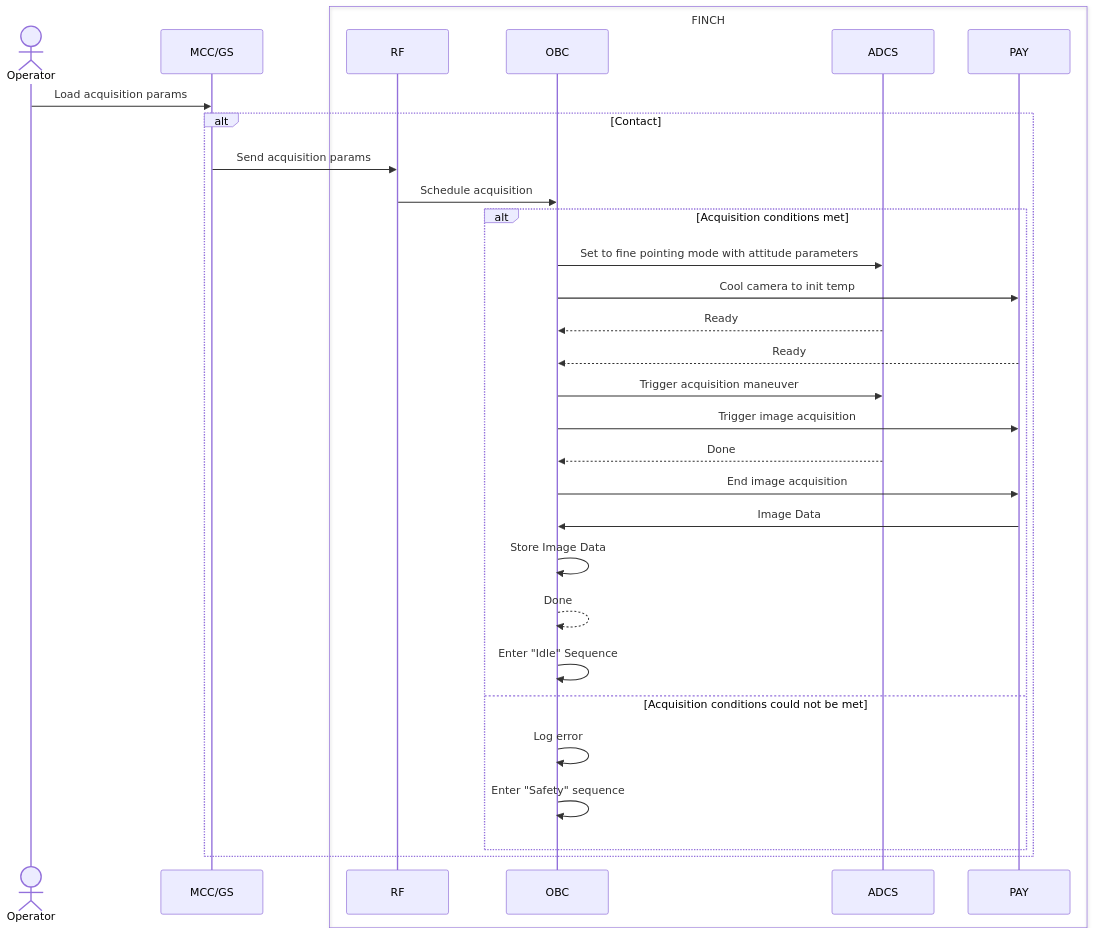
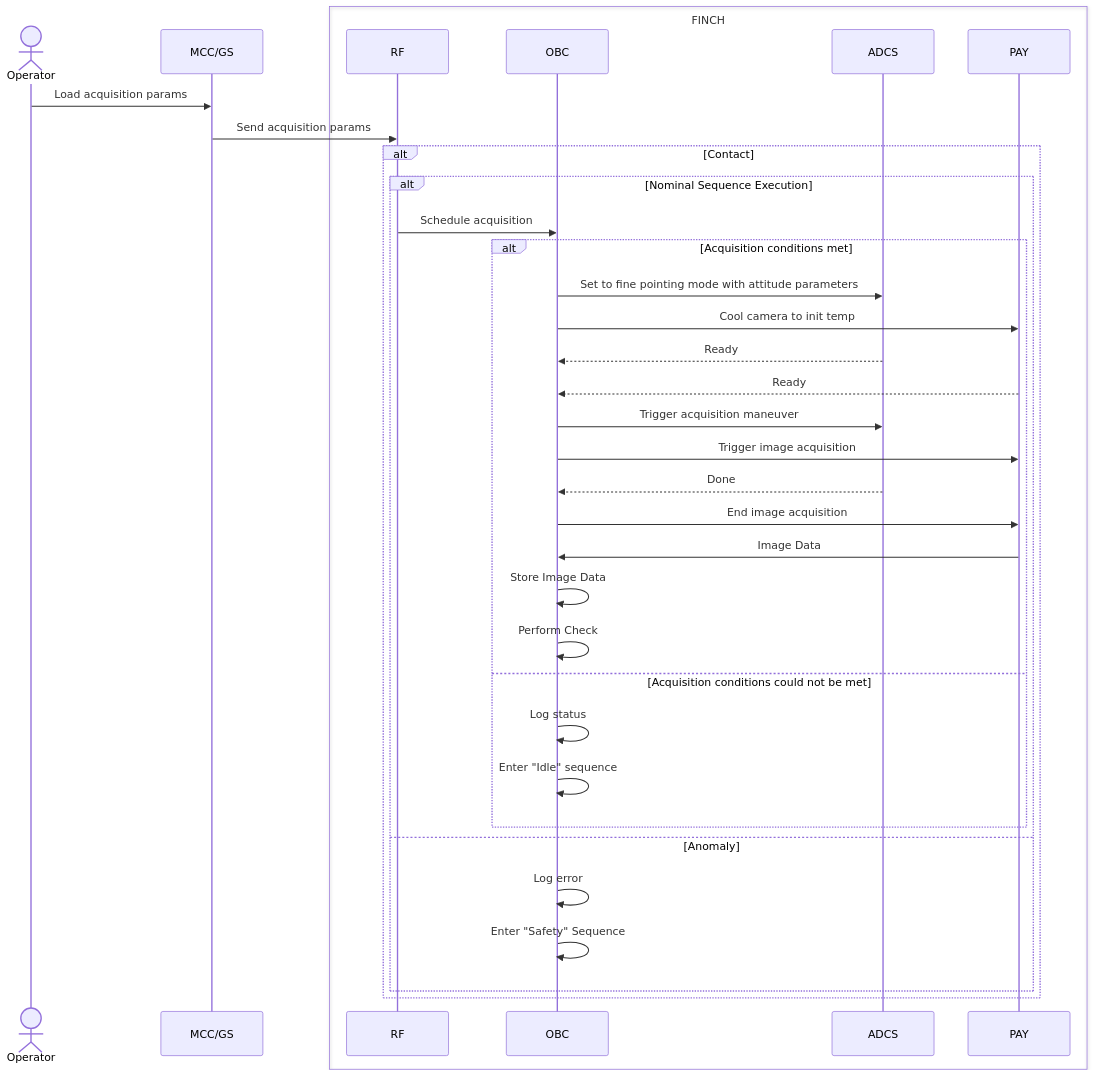
The diagram in command sequences/acquisition-command.md (utat-ss/FINCH-sequence-diagrams), drawn with Mermaid before and after one commit.

````diff
--- a/command sequences/acquisition-command.md
+++ b/command sequences/acquisition-command.md
@@ -2,44 +2,44 @@
 ```mermaid
 sequenceDiagram
     Actor Operator
     participant MCC/GS
     box FINCH
         participant RF
         participant OBC
         participant ADCS
         participant PAY
     end
 
     Operator->>MCC/GS: Load acquisition params
+    MCC/GS->>RF: Send acquisition params
+
     alt Contact
-        MCC/GS->>RF: Send acquisition params
-
-        RF->>OBC: Schedule acquisition
-
-        alt Acquisition conditions met
-            OBC->>ADCS: Set to fine pointing mode with attitude parameters
-            OBC->>PAY: Cool camera to init temp
-            ADCS-->>OBC: Ready
-            PAY-->>OBC: Ready
-
-            OBC->>ADCS: Trigger acquisition maneuver
-            OBC->>PAY: Trigger image acquisition
-            ADCS-->>OBC: Done
-            OBC->>PAY: End image acquisition
-            PAY->>OBC: Image Data
-            OBC->>OBC: Store Image Data
-            OBC-->>OBC: Done
-            OBC->>OBC: Enter "Idle" Sequence
-
-
-        else Acquisition conditions could not be met
+        alt Nominal Sequence Execution
+            RF->>OBC: Schedule acquisition
+    
+            alt Acquisition conditions met
+                OBC->>ADCS: Set to fine pointing mode with attitude parameters
+                OBC->>PAY: Cool camera to init temp
+                ADCS-->>OBC: Ready
+                PAY-->>OBC: Ready
+    
+                OBC->>ADCS: Trigger acquisition maneuver
+                OBC->>PAY: Trigger image acquisition
+                ADCS-->>OBC: Done
+                OBC->>PAY: End image acquisition
+                PAY->>OBC: Image Data
+                OBC->>OBC: Store Image Data
+                OBC->>OBC: Perform Check
+    
+            else Acquisition conditions could not be met
+                OBC->>OBC: Log status
+                OBC->>OBC: Enter "Idle" sequence
+            end
+        else Anomaly
             OBC->>OBC: Log error
-            OBC->>OBC: Enter "Safety" sequence
-
+            OBC->>OBC: Enter "Safety" Sequence
         end
-    end
-
-
+end
     
 
 ```
````
